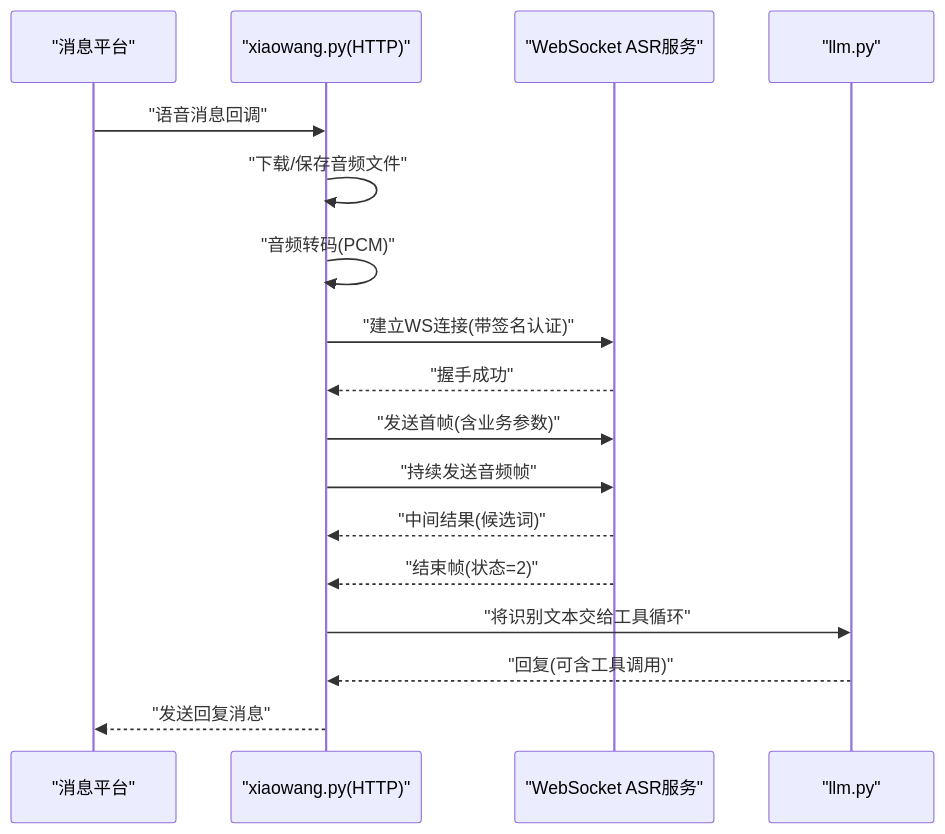
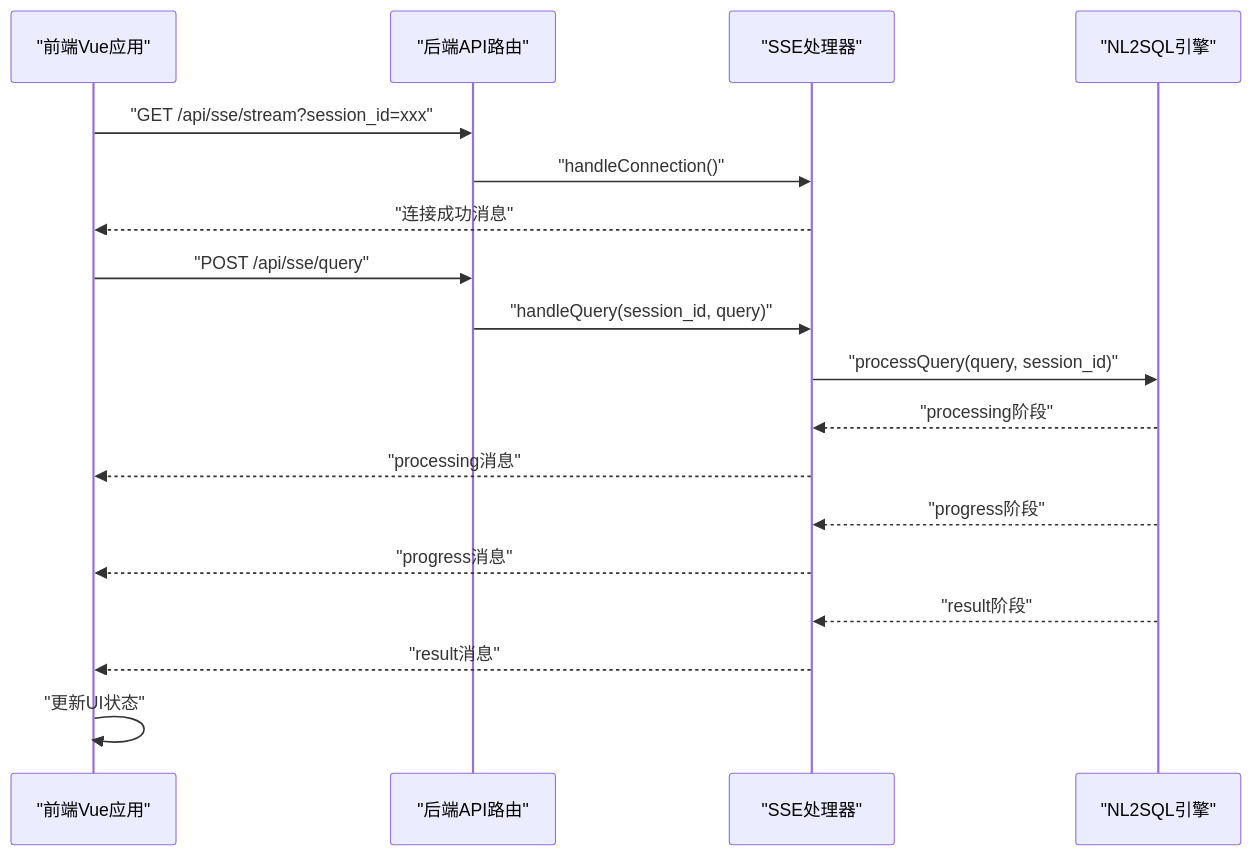
One commit to HanHuiOnLine/724-office changed the second of 6 diagrams in .qoder/repowiki/zh/content/API参考/WebSocket API.md. Above: the diagram before and after it, drawn with Mermaid. The commit also changed other lines of this file and 5 other files, not shown here.

Commit message:
websocket to sse, web ui change

````diff
--- a/.qoder/repowiki/zh/content/API参考/WebSocket API.md
+++ b/.qoder/repowiki/zh/content/API参考/WebSocket API.md
@@ -108,19 +131,20 @@
 ```mermaid
 sequenceDiagram
-participant MP as "消息平台"
-participant XW as "xiaowang.py(HTTP)"
-participant ASR as "WebSocket ASR服务"
-participant LLM as "llm.py"
-MP->>XW : "语音消息回调"
-XW->>XW : "下载/保存音频文件"
-XW->>XW : "音频转码(PCM)"
-XW->>ASR : "建立WS连接(带签名认证)"
-ASR-->>XW : "握手成功"
-XW->>ASR : "发送首帧(含业务参数)"
-XW->>ASR : "持续发送音频帧"
-ASR-->>XW : "中间结果(候选词)"
-ASR-->>XW : "结束帧(状态=2)"
-XW->>LLM : "将识别文本交给工具循环"
-LLM-->>XW : "回复(可含工具调用)"
-XW-->>MP : "发送回复消息"
+participant FE as "前端Vue应用"
+participant API as "后端API路由"
+participant SSE as "SSE处理器"
+participant NLP as "NL2SQL引擎"
+FE->>API : "GET /api/sse/stream?session_id=xxx"
+API->>SSE : "handleConnection()"
+SSE-->>FE : "连接成功消息"
+FE->>API : "POST /api/sse/query"
+API->>SSE : "handleQuery(session_id, query)"
+SSE->>NLP : "processQuery(query, session_id)"
+NLP-->>SSE : "processing阶段"
+SSE-->>FE : "processing消息"
+NLP-->>SSE : "progress阶段"
+SSE-->>FE : "progress消息"
+NLP-->>SSE : "result阶段"
+SSE-->>FE : "result消息"
+FE->>FE : "更新UI状态"
 ```
````
